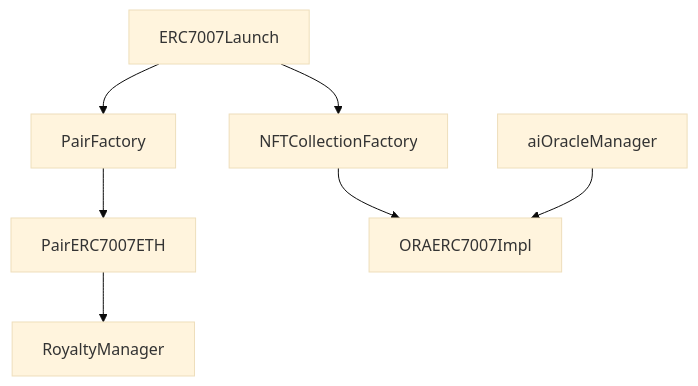
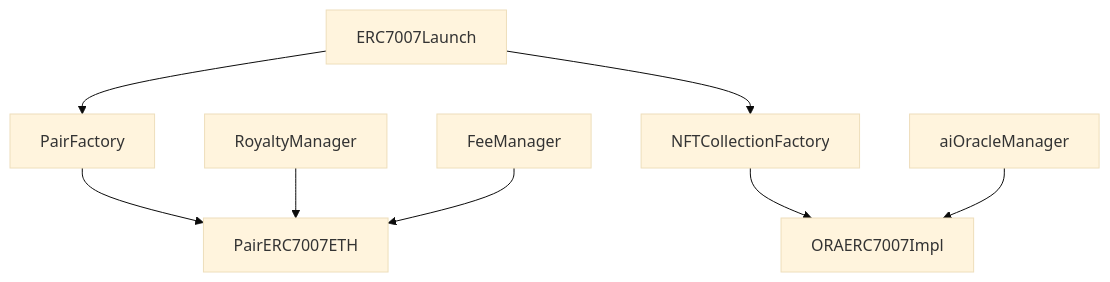
One commit to 7007-Labs/ERC7007LaunchDraft changed the diagram in README.md. Above: the diagram before and after it, drawn with Mermaid (base theme). The commit also changed 7 other files, not shown here.

````diff
--- a/README.md
+++ b/README.md
@@ -7,9 +7,10 @@
 ```mermaid
 graph TD;
     B[ERC7007Launch]-->C[PairFactory];
     C-->D[PairERC7007ETH];
     B-->E[NFTCollectionFactory]
     E-->F[ORAERC7007Impl]
     G[aiOracleManager]-->F
-    D-->H[RoyaltyManager]
+    H[RoyaltyManager]-->D
+    I[FeeManager]-->D
 ```
````
